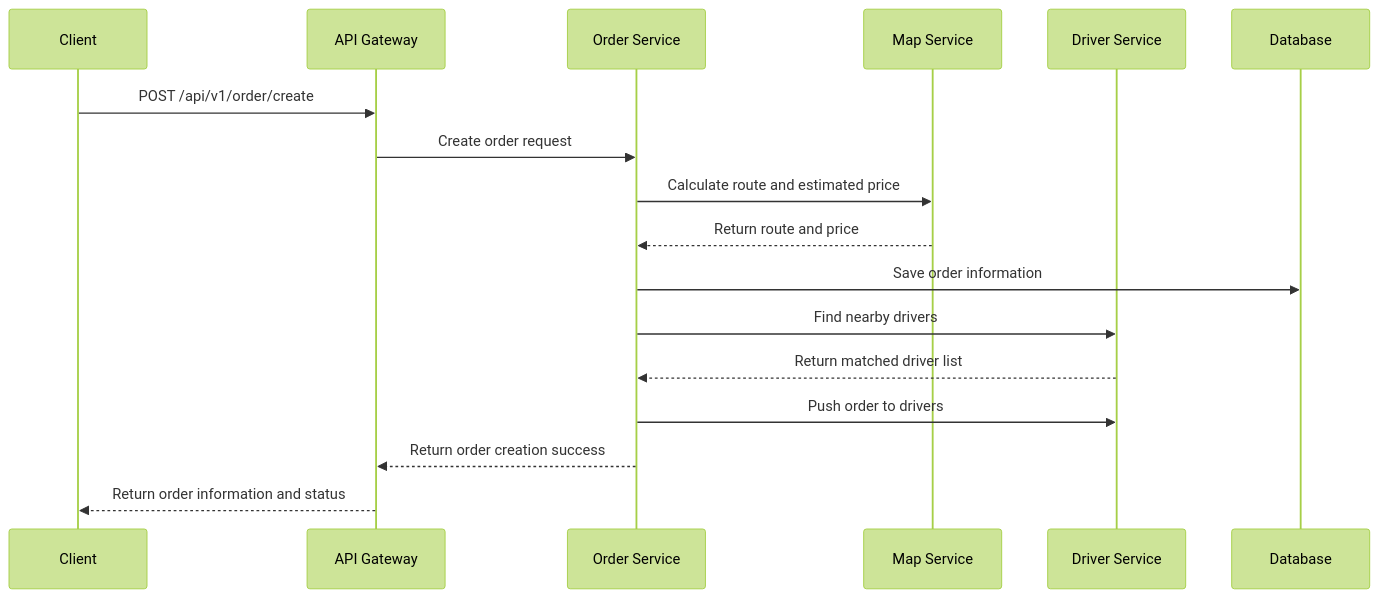
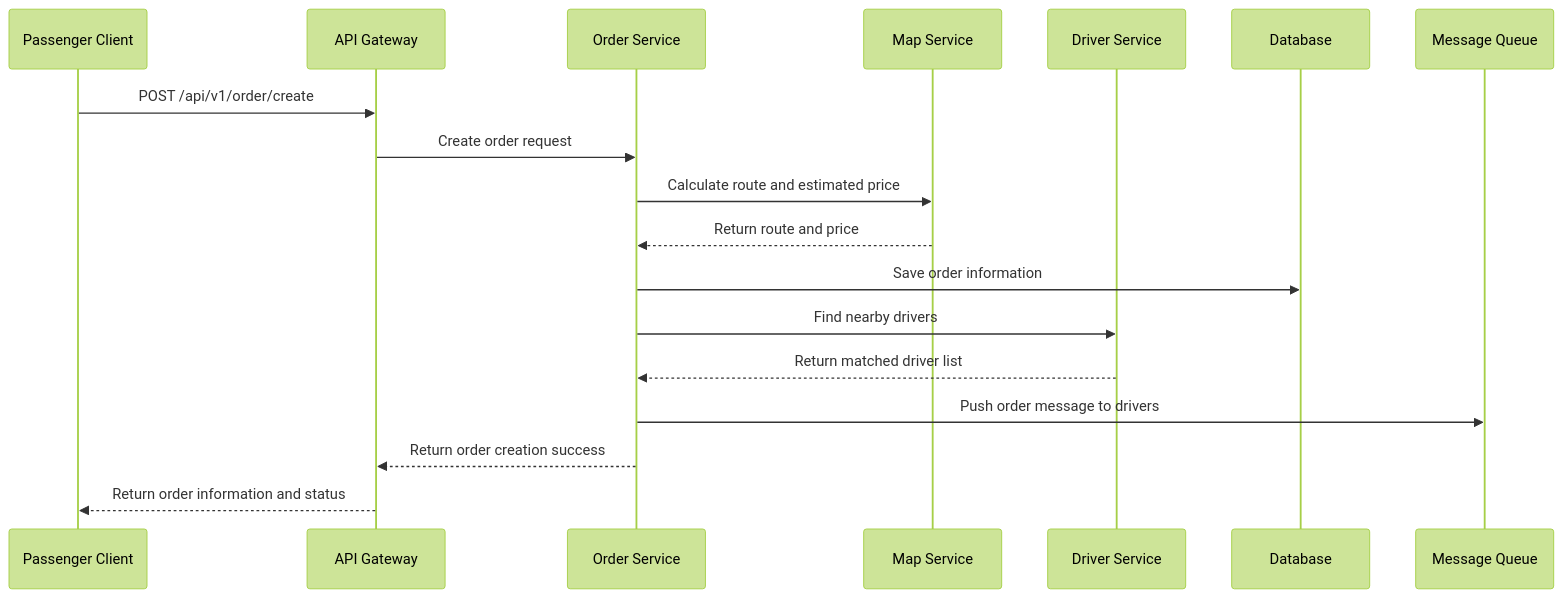
One commit to annhay/shunshun changed the first of 2 diagrams in README.en.md. Above: the diagram before and after it, drawn with Mermaid (forest theme). The commit also changed other lines of this file and 10 other files, not shown here.

````diff
--- a/README.en.md
+++ b/README.en.md
@@ -216,20 +251,21 @@
 ```mermaid
 sequenceDiagram
-    participant Client as Client
+    participant Client as Passenger Client
     participant Gateway as API Gateway
     participant OrderService as Order Service
     participant MapService as Map Service
     participant DriverService as Driver Service
     participant DB as Database
+    participant RabbitMQ as Message Queue
 
     Client->>Gateway: POST /api/v1/order/create
     Gateway->>OrderService: Create order request
     OrderService->>MapService: Calculate route and estimated price
     MapService-->>OrderService: Return route and price
     OrderService->>DB: Save order information
     OrderService->>DriverService: Find nearby drivers
     DriverService-->>OrderService: Return matched driver list
-    OrderService->>DriverService: Push order to drivers
+    OrderService->>RabbitMQ: Push order message to drivers
     OrderService-->>Gateway: Return order creation success
     Gateway-->>Client: Return order information and status
 ```
````
